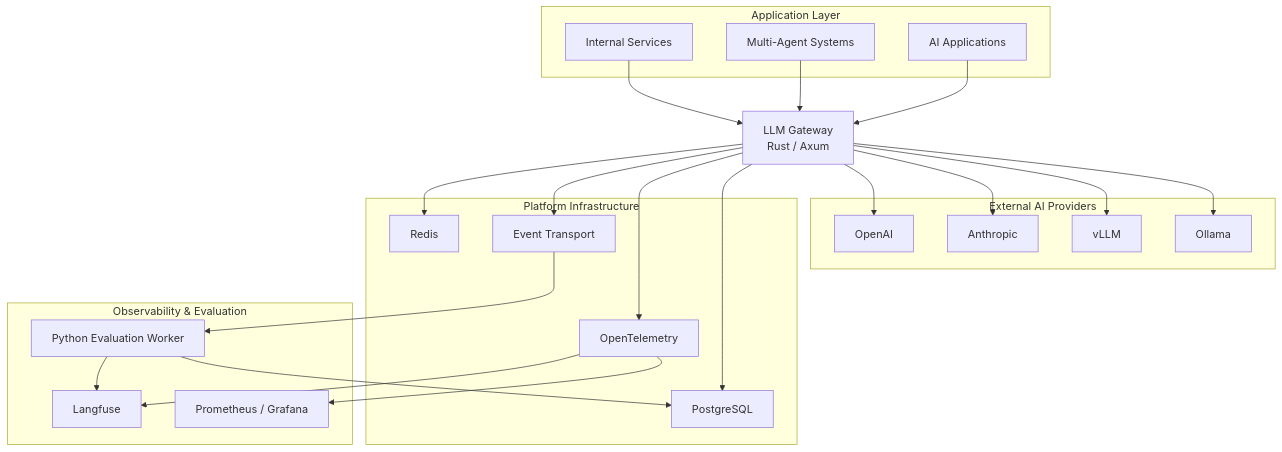
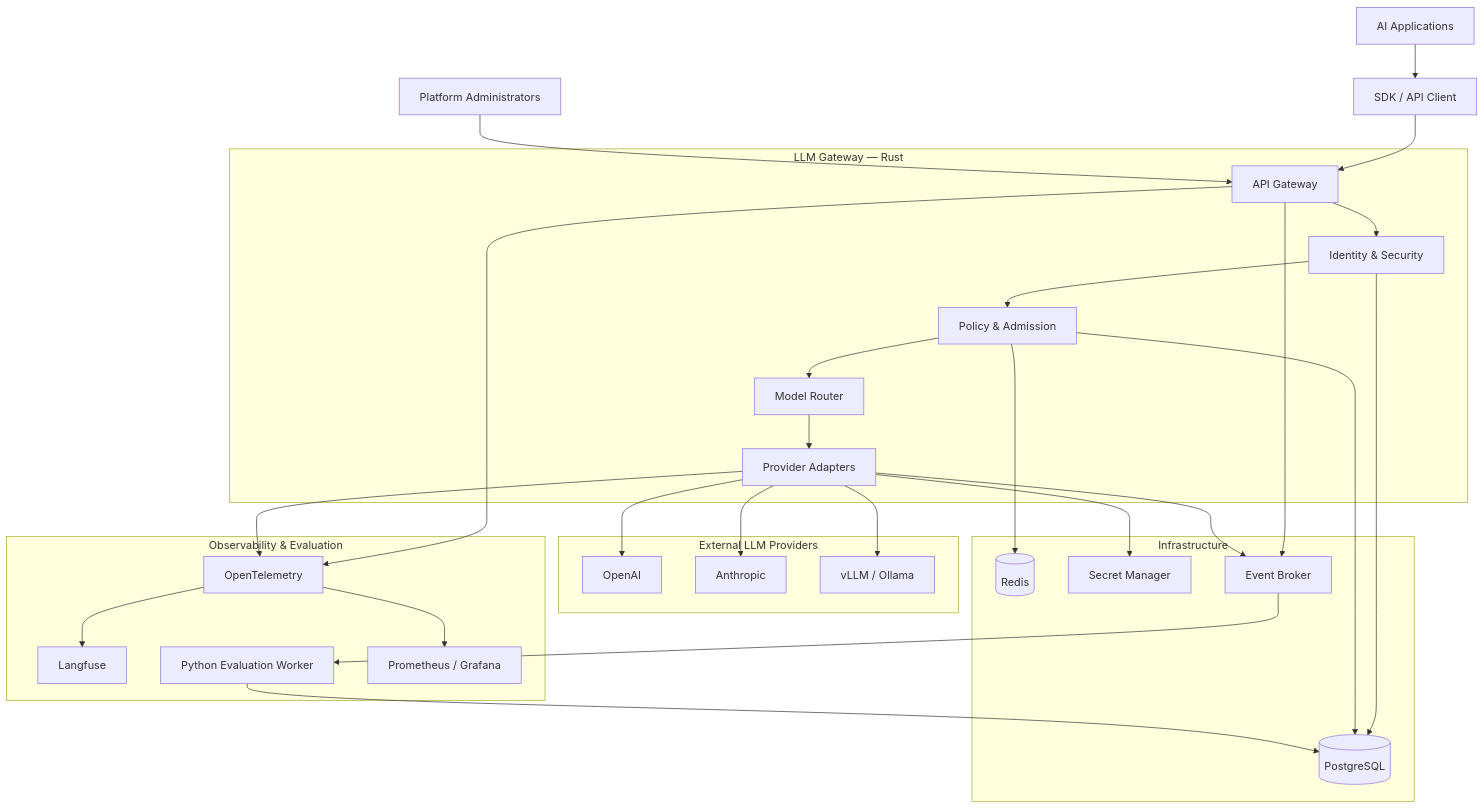
One commit to mezni/bioviva changed the first of 3 diagrams in docs/architecture.md. Above: the diagram before and after it, drawn with Mermaid. The commit also changed other lines of this file and 1 other file, not shown here.

Commit message:
llm-gateway: define domain model and business invariants

````diff
--- a/docs/architecture.md
+++ b/docs/architecture.md
@@ -69,50 +46,63 @@
 ```mermaid
 flowchart TB
-    subgraph Consumers["Application Layer"]
-        APP1["AI Applications"]
-        APP2["Multi-Agent Systems"]
-        APP3["Internal Services"]
+    APP["AI Applications"]
+    ADMIN["Platform Administrators"]
+    CLIENT["SDK / API Client"]
+
+    subgraph GATEWAY["LLM Gateway — Rust"]
+        API["API Gateway"]
+        SECURITY["Identity & Security"]
+        POLICY["Policy & Admission"]
+        ROUTER["Model Router"]
+        PROVIDERS["Provider Adapters"]
     end
 
-    GW["LLM Gateway<br/>Rust / Axum"]
+    subgraph INFRA["Infrastructure"]
+        PG[("PostgreSQL")]
+        REDIS[("Redis")]
+        SECRETS["Secret Manager"]
+        BROKER["Event Broker"]
+    end
 
-    subgraph External["External AI Providers"]
+    subgraph EXTERNAL["External LLM Providers"]
         OPENAI["OpenAI"]
         ANTHROPIC["Anthropic"]
-        VLLM["vLLM"]
-        OLLAMA["Ollama"]
+        LOCAL["vLLM / Ollama"]
     end
 
-    subgraph Platform["Platform Infrastructure"]
-        PG["PostgreSQL"]
-        REDIS["Redis"]
-        QUEUE["Event Transport"]
+    subgraph OBS["Observability & Evaluation"]
         OTEL["OpenTelemetry"]
+        LANGFUSE["Langfuse"]
+        EVAL["Python Evaluation Worker"]
+        PROM["Prometheus / Grafana"]
     end
 
-    subgraph Observability["Observability & Evaluation"]
-        LF["Langfuse"]
-        GRAFANA["Prometheus / Grafana"]
-        EVAL["Python Evaluation Worker"]
-    end
+    APP --> CLIENT
+    CLIENT --> API
+    ADMIN --> API
 
-    APP1 --> GW
-    APP2 --> GW
-    APP3 --> GW
+    API --> SECURITY
+    SECURITY --> POLICY
+    POLICY --> ROUTER
+    ROUTER --> PROVIDERS
 
-    GW --> OPENAI
-    GW --> ANTHROPIC
-    GW --> VLLM
-    GW --> OLLAMA
+    SECURITY --> PG
+    POLICY --> REDIS
+    POLICY --> PG
+    PROVIDERS --> SECRETS
 
-    GW --> PG
-    GW --> REDIS
-    GW --> QUEUE
-    GW --> OTEL
+    PROVIDERS --> OPENAI
+    PROVIDERS --> ANTHROPIC
+    PROVIDERS --> LOCAL
 
-    QUEUE --> EVAL
-    OTEL --> LF
-    OTEL --> GRAFANA
-    EVAL --> LF
+    API --> BROKER
+    PROVIDERS --> BROKER
+    BROKER --> EVAL
+
+    API --> OTEL
+    PROVIDERS --> OTEL
+    OTEL --> LANGFUSE
+    OTEL --> PROM
+
     EVAL --> PG
 ```
````
